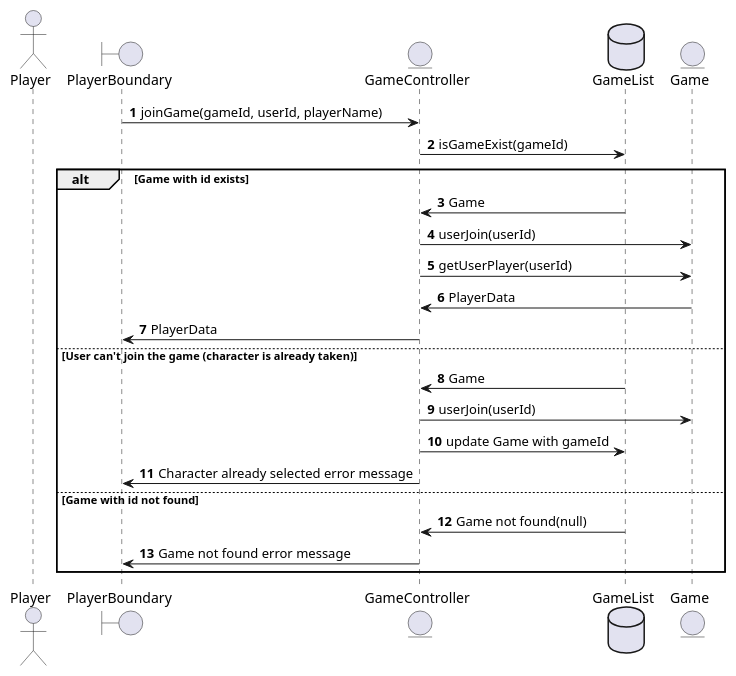
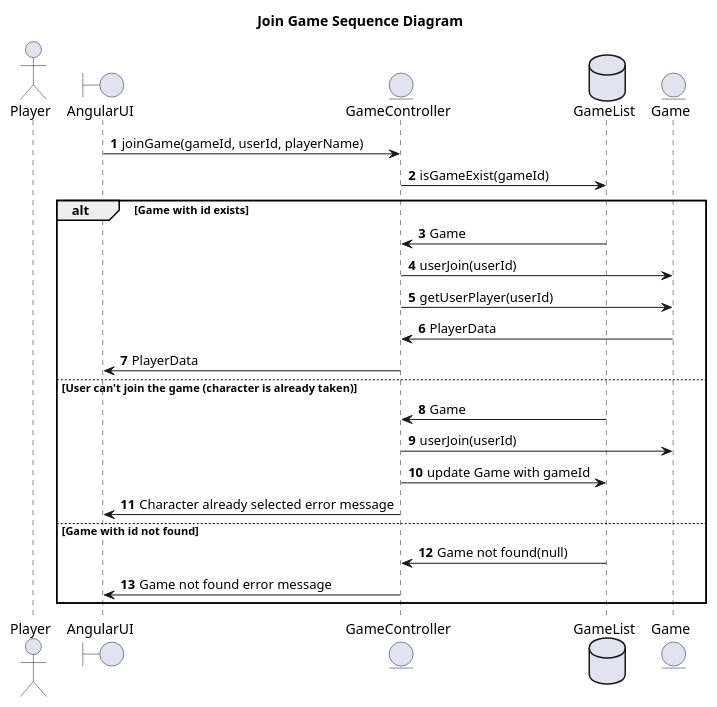
Before and after one commit to gurmsc5/Clue-Less: the diagram in clue-less-backend/join_game.puml, drawn with PlantUML. The commit also changed 6 other files, not shown here.

Commit message:
Added titles for all UML seq diagrams

```diff
--- a/clue-less-backend/join_game.puml
+++ b/clue-less-backend/join_game.puml
@@ -1,29 +1,31 @@
 @startuml
+
+title Join Game Sequence Diagram
 
 autonumber
 actor Player
-boundary PlayerBoundary
+boundary AngularUI
 entity GameController
-PlayerBoundary -> GameController: joinGame(gameId, userId, playerName)
+AngularUI -> GameController: joinGame(gameId, userId, playerName)
 database GameList
 entity Game
 GameController -> GameList: isGameExist(gameId)
 
 alt Game with id exists
     GameList -> GameController: Game
     GameController -> Game: userJoin(userId)
     GameController -> Game: getUserPlayer(userId)
     Game -> GameController: PlayerData
-    GameController -> PlayerBoundary: PlayerData
+    GameController -> AngularUI: PlayerData
 
 else User can't join the game (character is already taken)
     GameList -> GameController: Game
     GameController -> Game: userJoin(userId)
     GameController -> GameList: update Game with gameId
-    GameController -> PlayerBoundary: Character already selected error message
+    GameController -> AngularUI: Character already selected error message
 
 else Game with id not found
     GameList -> GameController: Game not found(null)
-    GameController -> PlayerBoundary: Game not found error message
+    GameController -> AngularUI: Game not found error message
 end
 @enduml
```
